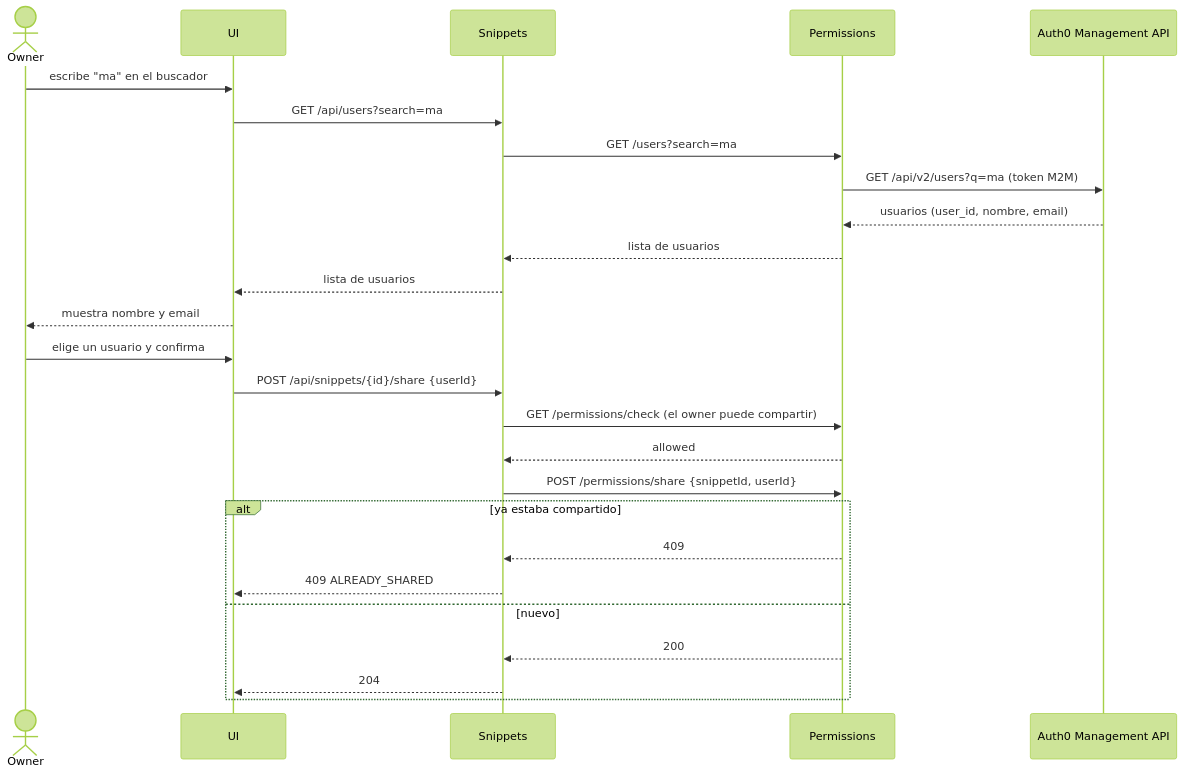
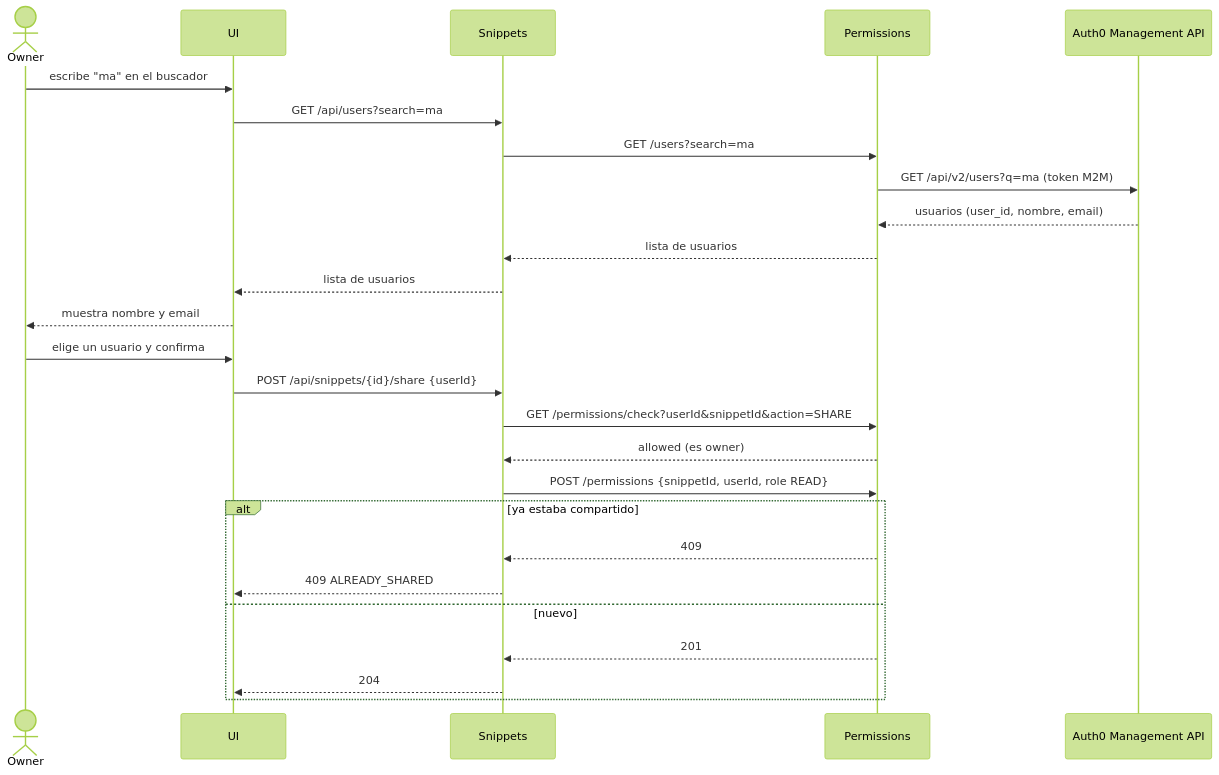
The second of 6 diagrams in docs/secuencias.md (TP1-2-INGSIS/snippet-searcher-infra), drawn with Mermaid (forest theme) before and after one commit. The commit also changed other lines of this file and 3 other files, not shown here.

````diff
--- a/docs/secuencias.md
+++ b/docs/secuencias.md
@@ -42,30 +53,30 @@
 ```mermaid
 sequenceDiagram
     actor U as Owner
     participant UI as UI
     participant S as Snippets
     participant P as Permissions
     participant Au as Auth0 Management API
 
     U->>UI: escribe "ma" en el buscador
     UI->>S: GET /api/users?search=ma
     S->>P: GET /users?search=ma
     P->>Au: GET /api/v2/users?q=ma (token M2M)
     Au-->>P: usuarios (user_id, nombre, email)
     P-->>S: lista de usuarios
     S-->>UI: lista de usuarios
     UI-->>U: muestra nombre y email
 
     U->>UI: elige un usuario y confirma
     UI->>S: POST /api/snippets/{id}/share {userId}
-    S->>P: GET /permissions/check (el owner puede compartir)
-    P-->>S: allowed
-    S->>P: POST /permissions/share {snippetId, userId}
+    S->>P: GET /permissions/check?userId&snippetId&action=SHARE
+    P-->>S: allowed (es owner)
+    S->>P: POST /permissions {snippetId, userId, role READ}
     alt ya estaba compartido
         P-->>S: 409
         S-->>UI: 409 ALREADY_SHARED
     else nuevo
-        P-->>S: 200
+        P-->>S: 201
         S-->>UI: 204
     end
 ```
````
